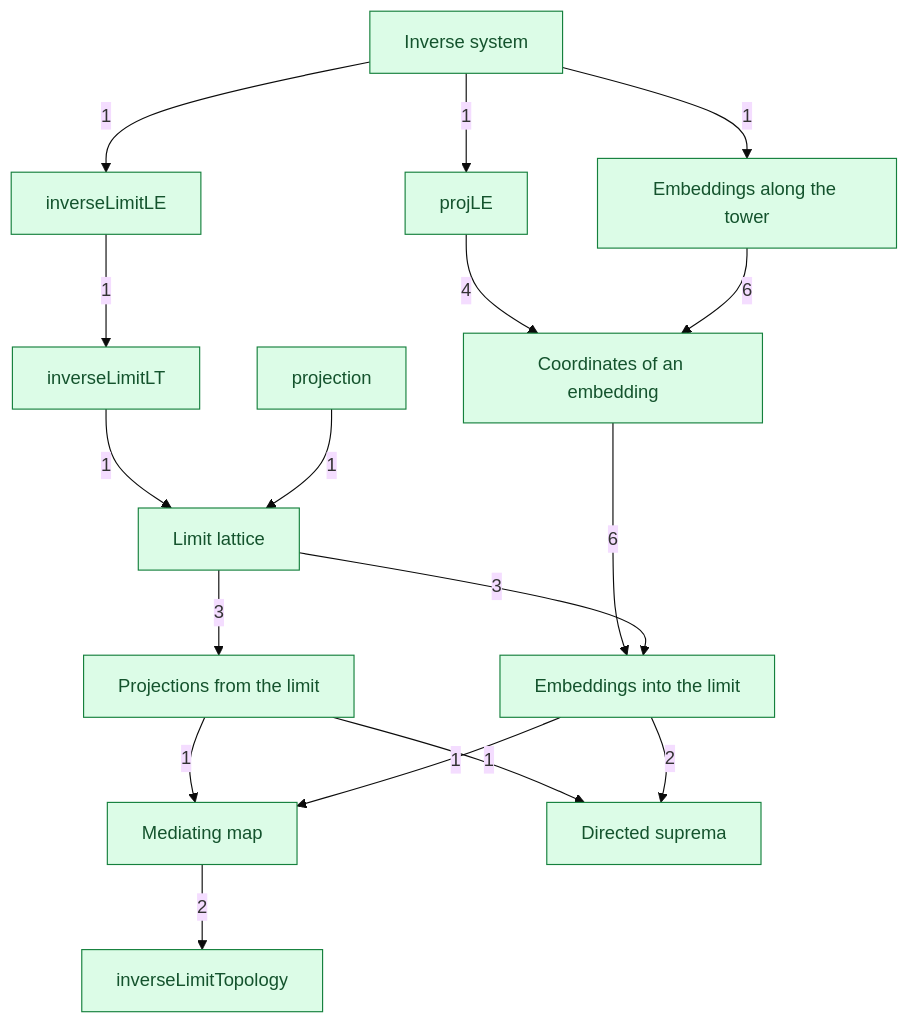
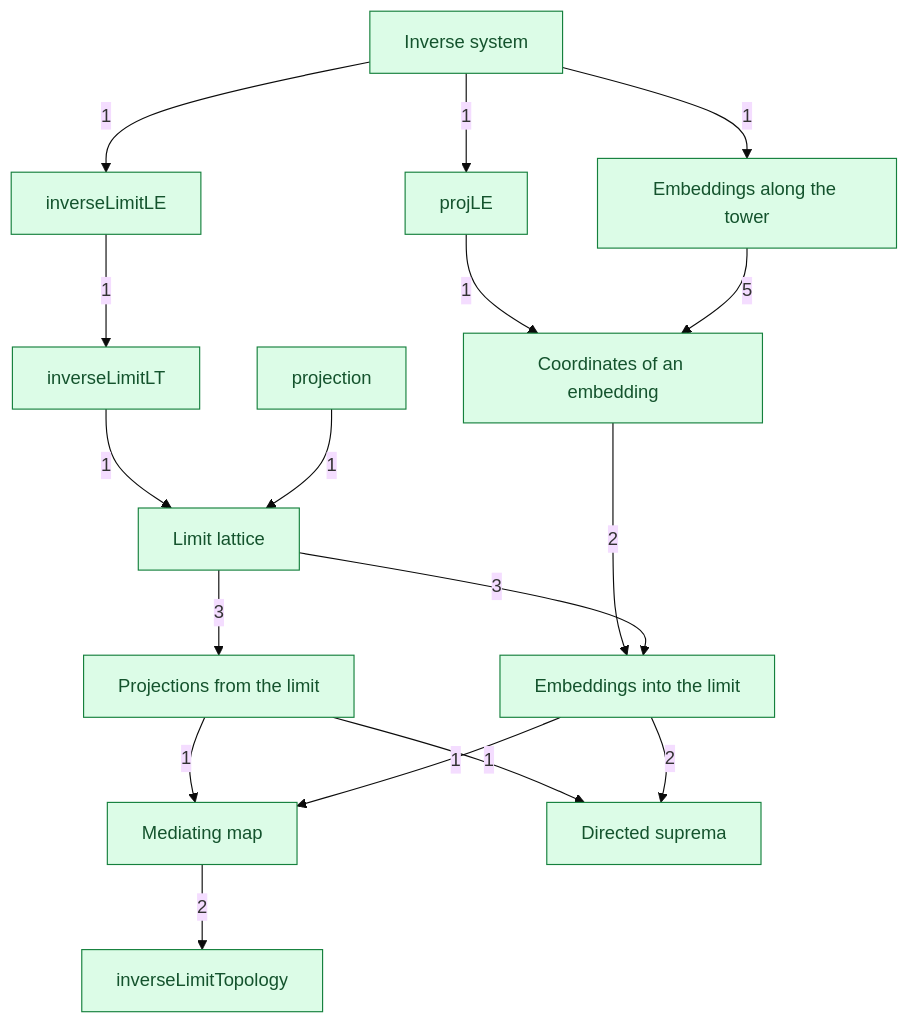
The diagram in DomainTheory/ContinuousLattice/InverseLimits/1972_Inverse_limits.mermaid (catskillsresearch/DomainTheory), drawn with Mermaid (base theme) before and after one commit. The commit also changed 24 other files, not shown here.

```diff
--- a/DomainTheory/ContinuousLattice/InverseLimits/1972_Inverse_limits.mermaid
+++ b/DomainTheory/ContinuousLattice/InverseLimits/1972_Inverse_limits.mermaid
@@ -1,35 +1,35 @@
 %% Notes of the inverse-limit construction.
 %% Arrowhead on the importer. The number is a direct-import count.
 %% An arrow already implied by a longer path is omitted.
 flowchart TB
   SYS["Inverse system"]
   PLE["projLE"]
   ELE["Embeddings along the tower"]
   LE["inverseLimitLE"]
   ICOMP["Coordinates of an embedding"]
   LT["inverseLimitLT"]
   PROJ["projection"]
   LAT["Limit lattice"]
   PINF["Projections from the limit"]
   EINF["Embeddings into the limit"]
   COC["Mediating map"]
   SUP["Directed suprema"]
   ITOP["inverseLimitTopology"]
   SYS -->|"1"| PLE
   SYS -->|"1"| ELE
   SYS -->|"1"| LE
-  PLE -->|"4"| ICOMP
-  ELE -->|"6"| ICOMP
-  ICOMP -->|"6"| EINF
+  PLE -->|"1"| ICOMP
+  ELE -->|"5"| ICOMP
+  ICOMP -->|"2"| EINF
   LE -->|"1"| LT
   LT -->|"1"| LAT
   PROJ -->|"1"| LAT
   LAT -->|"3"| PINF
   LAT -->|"3"| EINF
   PINF -->|"1"| COC
   EINF -->|"1"| COC
   PINF -->|"1"| SUP
   EINF -->|"2"| SUP
   COC -->|"2"| ITOP
   classDef concept fill:#dcfce7,stroke:#15803d,color:#14532d
   class SYS,PLE,PROJ,ELE,ICOMP,PINF,EINF,LE,LT,LAT,SUP,COC,ITOP concept
```
